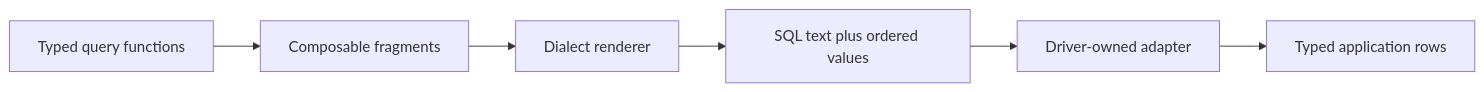
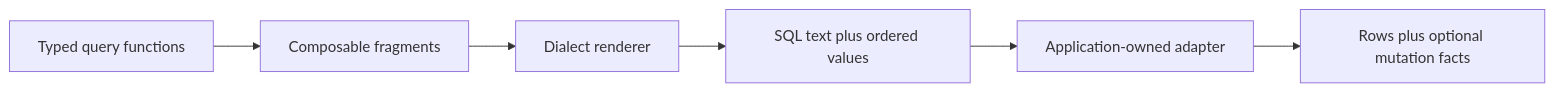
The diagram in design/mvp.md (aleclarson/qubu), drawn with Mermaid before and after one commit. The commit also changed other lines of this file and 18 other files, not shown here.

````diff
--- a/design/mvp.md
+++ b/design/mvp.md
@@ -23,8 +30,8 @@
 ```mermaid
 flowchart LR
   A[Typed query functions] --> B[Composable fragments]
   B --> C[Dialect renderer]
   C --> D[SQL text plus ordered values]
-  D --> E[Driver-owned adapter]
-  E --> F[Typed application rows]
+  D --> E[Application-owned adapter]
+  E --> F[Rows plus optional mutation facts]
 ```
````
